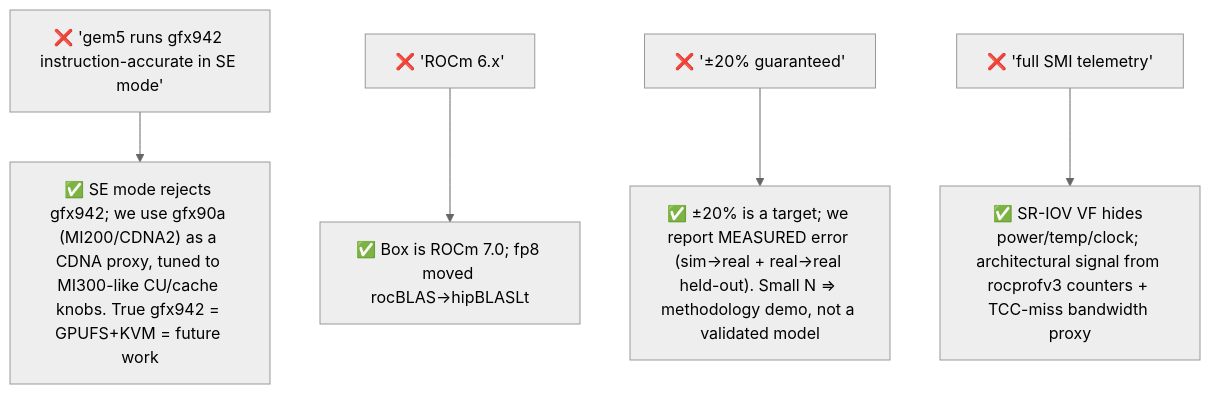
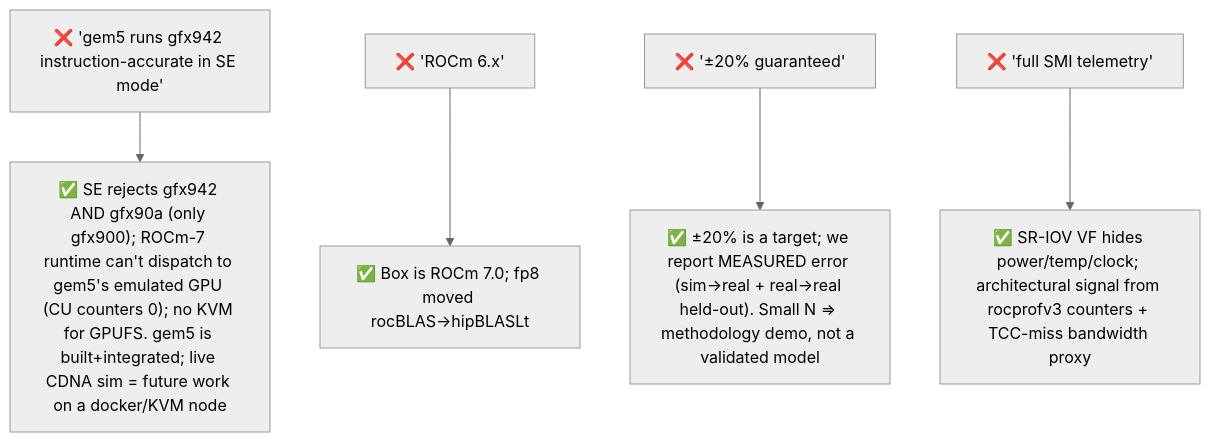
One commit to learnnshare/my-work-related changed the fourth of 8 diagrams in my-notes/hackathon-proposal-refined.md. Above: the diagram before and after it, drawn with Mermaid (neutral theme). The commit also changed other lines of this file and 2 other files, not shown here.

First line of the commit message:
gem5: detect 'GPU did no work' (ROCm7↔gem5 runtime mismatch); lock Path-2 framing

````diff
--- a/my-notes/hackathon-proposal-refined.md
+++ b/my-notes/hackathon-proposal-refined.md
@@ -98,7 +98,7 @@
 ```mermaid
 flowchart TB
-    C1["❌ 'gem5 runs gfx942 instruction-accurate in SE mode'"] --> F1["✅ SE mode rejects gfx942; we use gfx90a (MI200/CDNA2) as a CDNA proxy, tuned to MI300-like CU/cache knobs. True gfx942 = GPUFS+KVM = future work"]
+    C1["❌ 'gem5 runs gfx942 instruction-accurate in SE mode'"] --> F1["✅ SE rejects gfx942 AND gfx90a (only gfx900); ROCm-7 runtime can't dispatch to gem5's emulated GPU (CU counters 0); no KVM for GPUFS. gem5 is built+integrated; live CDNA sim = future work on a docker/KVM node"]
     C2["❌ 'ROCm 6.x'"] --> F2["✅ Box is ROCm 7.0; fp8 moved rocBLAS→hipBLASLt"]
     C3["❌ '±20% guaranteed'"] --> F3["✅ ±20% is a target; we report MEASURED error (sim→real + real→real held-out). Small N ⇒ methodology demo, not a validated model"]
     C4["❌ 'full SMI telemetry'"] --> F4["✅ SR-IOV VF hides power/temp/clock; architectural signal from rocprofv3 counters + TCC-miss bandwidth proxy"]
 ```
````
